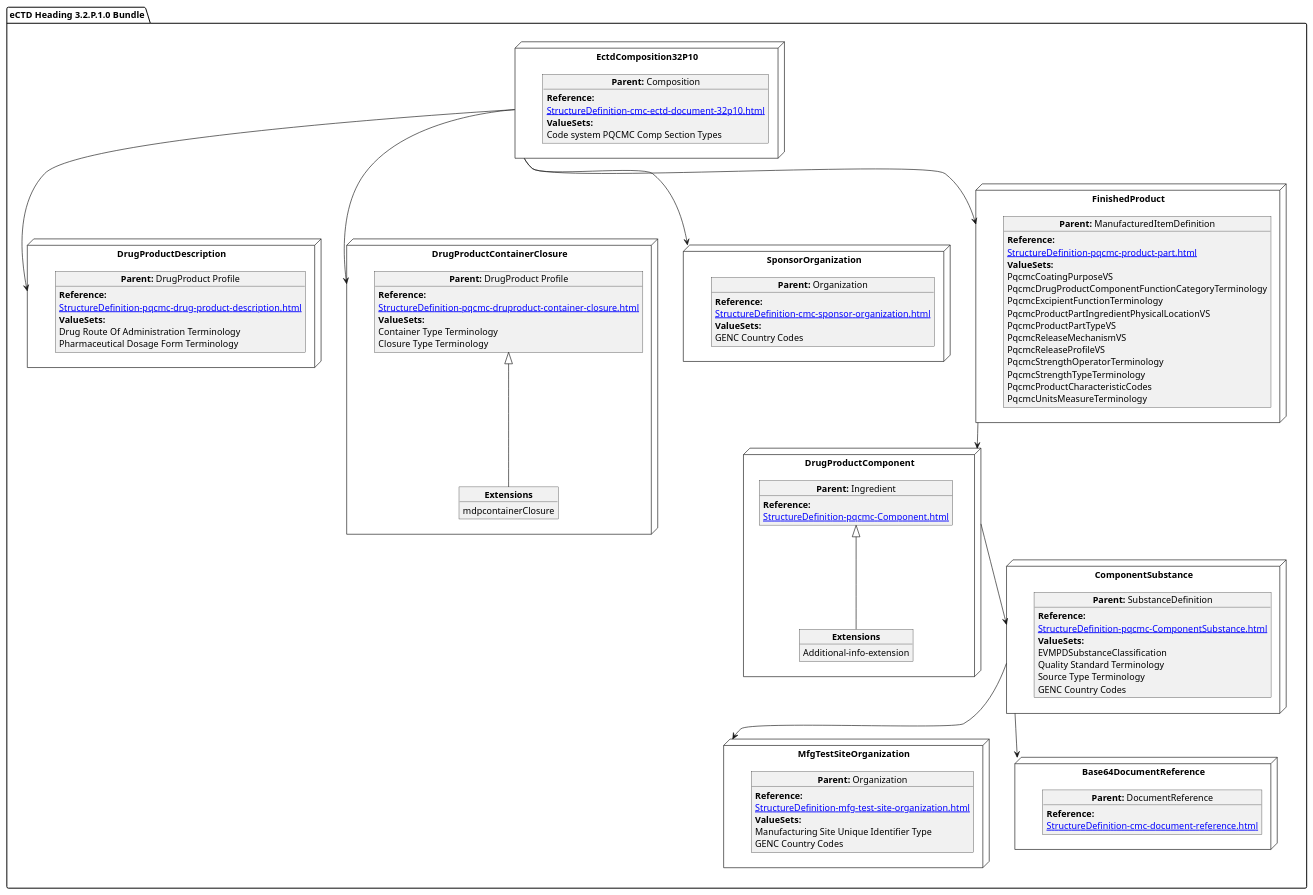
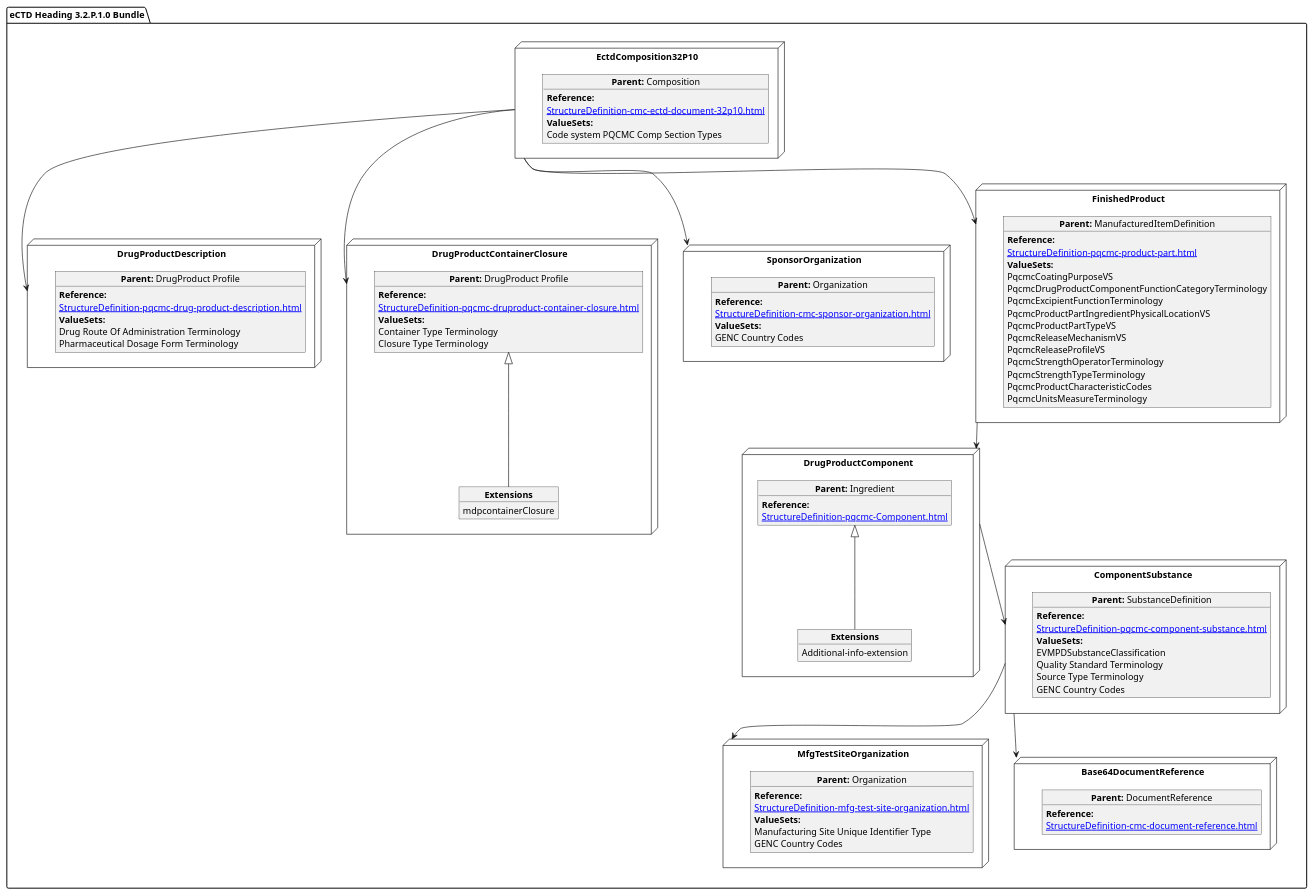
The diagram in input/images-source/ProdDesComp.plantuml (HL7/FHIR-us-pq-cmc-fda), drawn with PlantUML before and after one commit. The commit also changed 26 other files, not shown here.

```diff
--- a/input/images-source/ProdDesComp.plantuml
+++ b/input/images-source/ProdDesComp.plantuml
@@ -1,112 +1,112 @@
 @startuml
 allowmixing
 'Mixed model of use case and object
 package "eCTD Heading 3.2.P.1.0 Bundle" as NODES {
 
   node "DrugProductDescription" as N2 { 
       object "**Parent:** DrugProduct Profile" as obj2 {
          **Reference:**
       [[StructureDefinition-pqcmc-drug-product-description.html]]
         **ValueSets:**
         Drug Route Of Administration Terminology
         Pharmaceutical Dosage Form Terminology
     }
 }
   node "EctdComposition32P10" as N1 { 
       object "**Parent:** Composition" as obj1 {
          **Reference:**
       [[StructureDefinition-cmc-ectd-document-32p10.html]]
       **ValueSets:**
   Code system PQCMC Comp Section Types
     }   
 }
 node "DrugProductContainerClosure" as N21 { 
       object "**Parent:** DrugProduct Profile" as obj22 {
         **Reference:**
       [[StructureDefinition-pqcmc-druproduct-container-closure.html]]
         **ValueSets:**
         Container Type Terminology
         Closure Type Terminology
     }
     object "**Extensions**" as objEx {
         mdpcontainerClosure
     }
     obj22 <|-- objEx
 }
 
 node "SponsorOrganization" as NSO { 
       object "**Parent:** Organization" as objAu {
          **Reference:**
       [[StructureDefinition-cmc-sponsor-organization.html]]
         **ValueSets:**
         GENC Country Codes
     }
 }
 node "FinishedProduct"as MID {
 object "**Parent:** ManufacturedItemDefinition" as objMID { 
          **Reference:**
       [[StructureDefinition-pqcmc-product-part.html]]
       **ValueSets:**
       PqcmcCoatingPurposeVS
       PqcmcDrugProductComponentFunctionCategoryTerminology
       PqcmcExcipientFunctionTerminology
       PqcmcProductPartIngredientPhysicalLocationVS
       PqcmcProductPartTypeVS
       PqcmcReleaseMechanismVS
       PqcmcReleaseProfileVS
       PqcmcStrengthOperatorTerminology
       PqcmcStrengthTypeTerminology
       PqcmcProductCharacteristicCodes
       PqcmcUnitsMeasureTerminology
       }
 }
 node "MfgTestSiteOrganization" as NMFG { 
       object "**Parent:** Organization" as objDP {
            **Reference:**
       [[StructureDefinition-mfg-test-site-organization.html]]
          **ValueSets:**
         Manufacturing Site Unique Identifier Type
 	    GENC Country Codes
     }
 }
 
 node "DrugProductComponent" as NN { 
       object "**Parent:** Ingredient" as obj3 {
            **Reference:**
       [[StructureDefinition-pqcmc-Component.html]]
       }
       object "**Extensions**" as objExs {
         Additional-info-extension
     }
     obj3 <|-- objExs
 }
 
 node "ComponentSubstance" as NCS { 
       object "**Parent:** SubstanceDefinition" as objSubDef {
            **Reference:**
-      [[StructureDefinition-pqcmc-ComponentSubstance.html]]
+      [[StructureDefinition-pqcmc-component-substance.html]]
         **ValueSets:**
         EVMPDSubstanceClassification
         Quality Standard Terminology
         Source Type Terminology
         GENC Country Codes
     }
 }
 node "Base64DocumentReference" as NB64 { 
       object "**Parent:** DocumentReference"  as obj64 {  
        **Reference:**
       [[StructureDefinition-cmc-document-reference.html]] 
     }   
 }
 
 
 
 N1 --> N2
 N1 --> MID
 N1 --> NSO
 N1 --> N21
 MID --> NN
 NCS --> NMFG
 NN --> NCS
 NCS --> NB64
 @enduml
```
